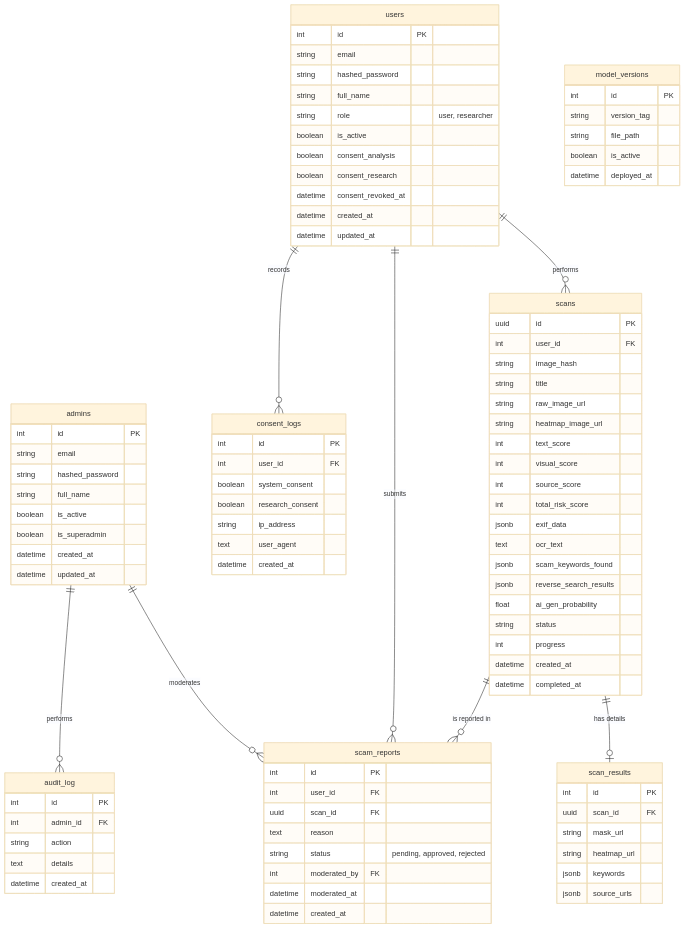
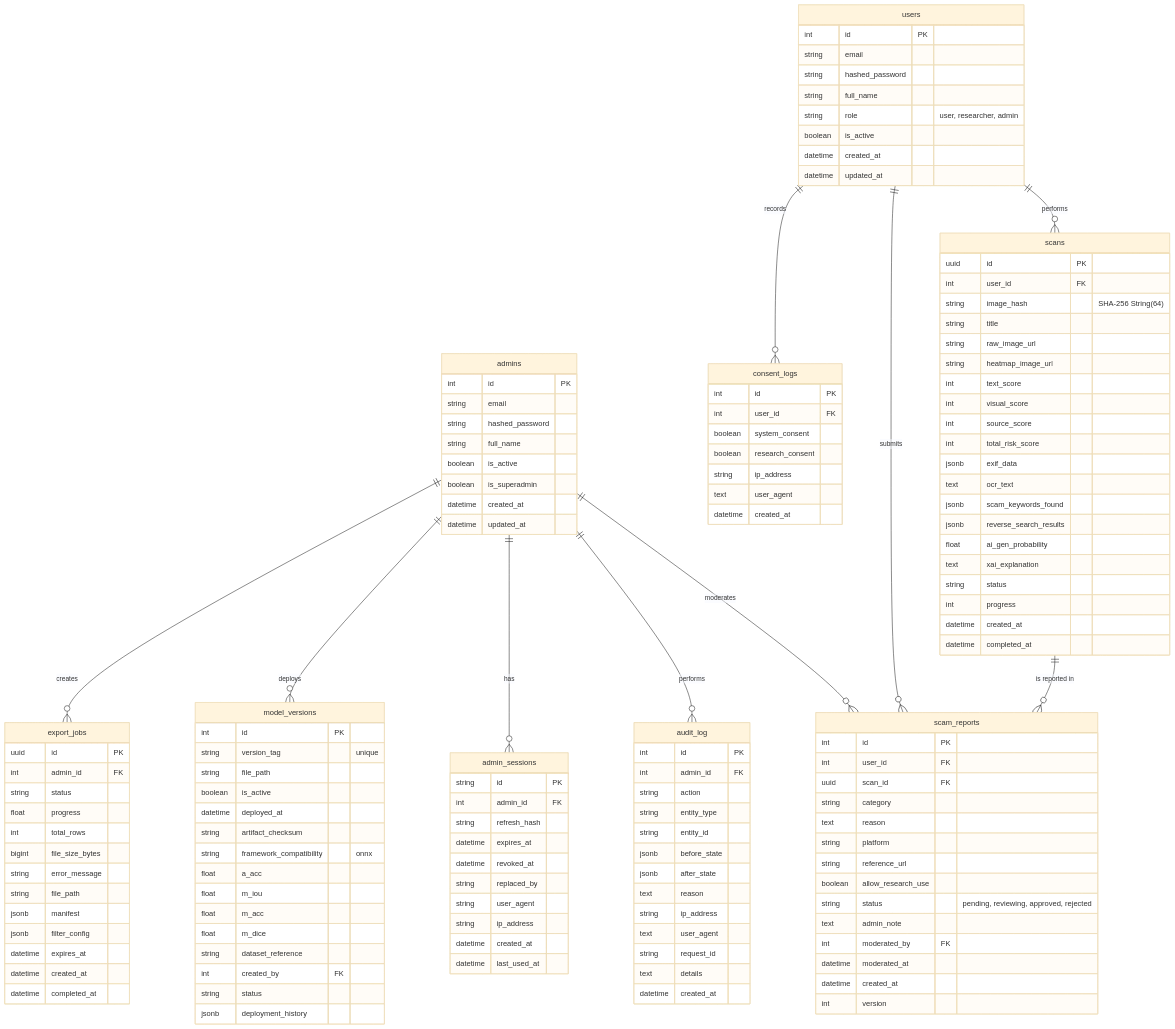
Before and after one commit to Panuwat-ta/project: the diagram in database/ER_Diagram.md, drawn with Mermaid (base theme). The commit also changed other lines of this file and 83 other files, not shown here.

````diff
--- a/database/ER_Diagram.md
+++ b/database/ER_Diagram.md
@@ -9,11 +7,8 @@
         string email
         string hashed_password
         string full_name
-        string role "user, researcher"
+        string role "user, researcher, admin"
         boolean is_active
-        boolean consent_analysis
-        boolean consent_research
-        datetime consent_revoked_at
         datetime created_at
         datetime updated_at
     }
@@ -32,7 +27,7 @@
     scans {
         uuid id PK
         int user_id FK
-        string image_hash
+        string image_hash "SHA-256 String(64)"
         string title
         string raw_image_url
         string heatmap_image_url
@@ -45,30 +40,28 @@
         jsonb scam_keywords_found
         jsonb reverse_search_results
         float ai_gen_probability
+        text xai_explanation
         string status
         int progress
         datetime created_at
         datetime completed_at
-    }
-    
-    scan_results {
-        int id PK
-        uuid scan_id FK
-        string mask_url
-        string heatmap_url
-        jsonb keywords
-        jsonb source_urls
     }
 
     scam_reports {
         int id PK
         int user_id FK
         uuid scan_id FK
+        string category
         text reason
-        string status "pending, approved, rejected"
+        string platform
+        string reference_url
+        boolean allow_research_use
+        string status "pending, reviewing, approved, rejected"
+        text admin_note
         int moderated_by FK
         datetime moderated_at
         datetime created_at
+        int version
     }
 
     consent_logs {
@@ -83,18 +76,65 @@
 
     model_versions {
         int id PK
-        string version_tag
+        string version_tag "unique"
         string file_path
         boolean is_active
         datetime deployed_at
+        string artifact_checksum
+        string framework_compatibility "onnx"
+        float a_acc
+        float m_iou
+        float m_acc
+        float m_dice
+        string dataset_reference
+        int created_by FK
+        string status
+        jsonb deployment_history
     }
-    
+
+    admin_sessions {
+        string id PK
+        int admin_id FK
+        string refresh_hash
+        datetime expires_at
+        datetime revoked_at
+        string replaced_by
+        string user_agent
+        string ip_address
+        datetime created_at
+        datetime last_used_at
+    }
+
     audit_log {
         int id PK
         int admin_id FK
         string action
+        string entity_type
+        string entity_id
+        jsonb before_state
+        jsonb after_state
+        text reason
+        string ip_address
+        text user_agent
+        string request_id
         text details
         datetime created_at
+    }
+
+    export_jobs {
+        uuid id PK
+        int admin_id FK
+        string status
+        float progress
+        int total_rows
+        bigint file_size_bytes
+        string error_message
+        string file_path
+        jsonb manifest
+        jsonb filter_config
+        datetime expires_at
+        datetime created_at
+        datetime completed_at
     }
 
     %% Relationships
@@ -103,7 +143,8 @@
     users ||--o{ consent_logs : "records"
     admins ||--o{ scam_reports : "moderates"
     admins ||--o{ audit_log : "performs"
-    
-    scans ||--o| scan_results : "has details"
+    admins ||--o{ admin_sessions : "has"
+    admins ||--o{ model_versions : "deploys"
+    admins ||--o{ export_jobs : "creates"
     scans ||--o{ scam_reports : "is reported in"
 ```
````
